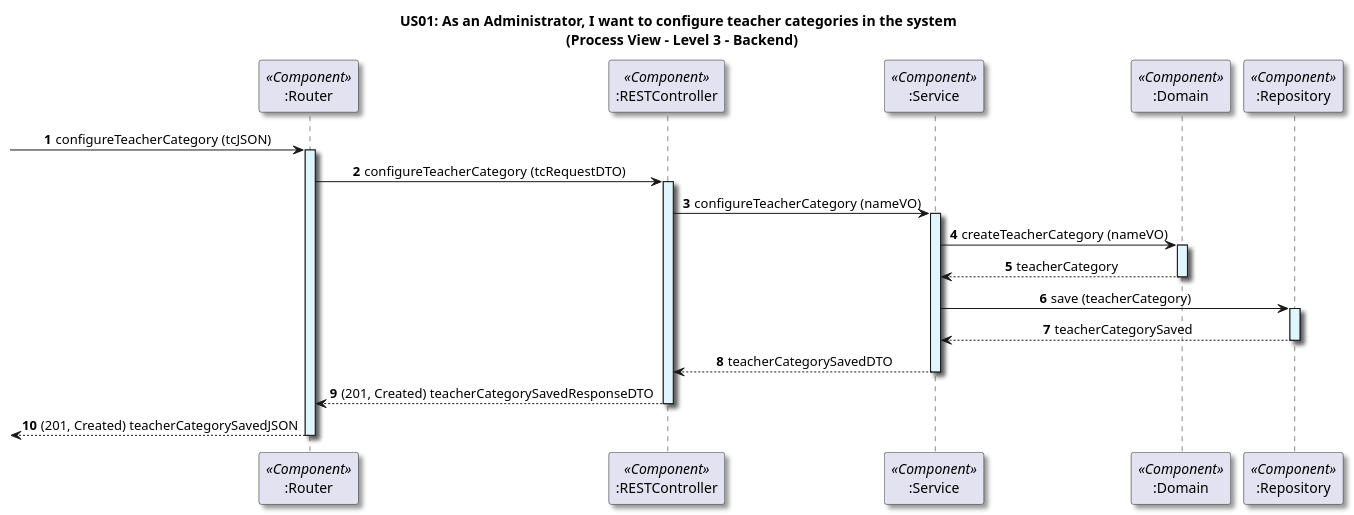
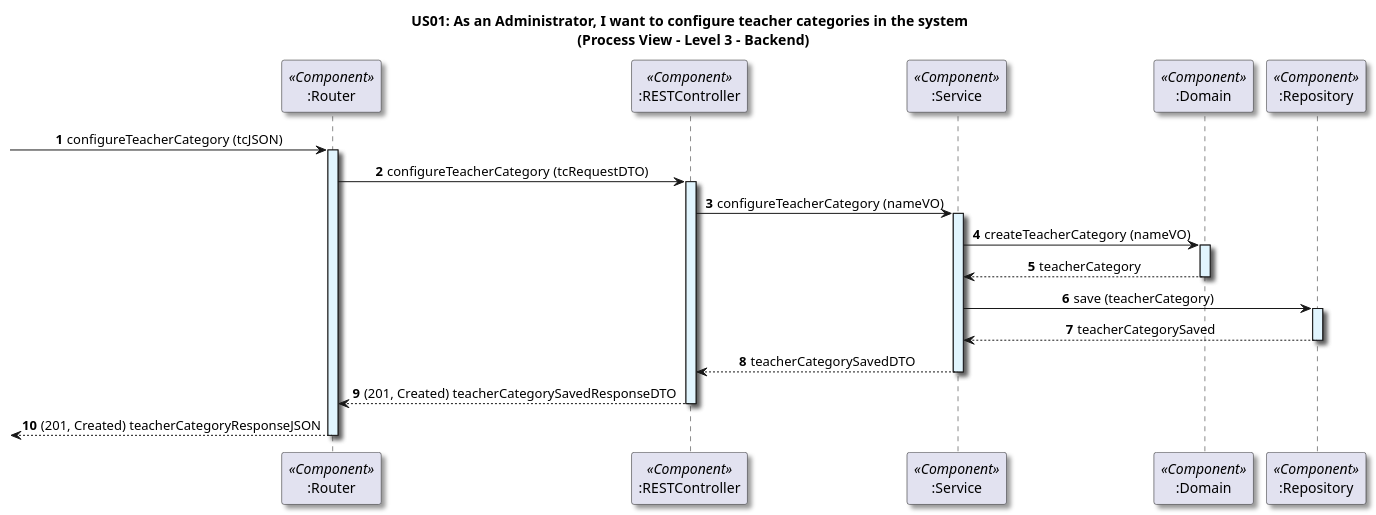
Before and after one commit to GasparISEP/DevOps-PAI: the diagram in docs/US01/Sprint6_RestAPI/ProcessView/Level3.puml, drawn with PlantUML.

Commit message:
doc (process): refactor process view diagram at level 3 with minor adjustments (#532, Closes #541)

```diff
--- a/docs/US01/Sprint6_RestAPI/ProcessView/Level3.puml
+++ b/docs/US01/Sprint6_RestAPI/ProcessView/Level3.puml
@@ -1,46 +1,46 @@
 @startuml
 
 title US01: As an Administrator, I want to configure teacher categories in the system \n (Process View - Level 3 - Backend)
 
 skinparam defaultTextAlignment center
 skinparam shadowing true
 
 autonumber
 
 participant ":Router" as router <<Component>>
 participant ":RESTController" as controller <<Component>>
 participant ":Service" as service <<Component>>
 participant ":Domain" as domain <<Component>>
 participant ":Repository" as repository <<Component>>
 
 -> router: configureTeacherCategory (tcJSON)
 activate router #E1F5FE
 
 router -> controller: configureTeacherCategory (tcRequestDTO)
 activate controller #E1F5FE
 
 controller -> service: configureTeacherCategory (nameVO)
 activate service #E1F5FE
 
 service -> domain: createTeacherCategory (nameVO)
 activate domain #E1F5FE
 
 domain --> service: teacherCategory
 deactivate domain
 
 service -> repository: save (teacherCategory)
 activate repository #E1F5FE
 
 repository --> service: teacherCategorySaved
 deactivate repository
 
 service --> controller: teacherCategorySavedDTO
 deactivate service
 
 controller --> router: (201, Created) teacherCategorySavedResponseDTO
 deactivate controller
 
-<-- router: (201, Created) teacherCategorySavedJSON
+<-- router: (201, Created) teacherCategoryResponseJSON
 deactivate router
 
 @enduml
```
